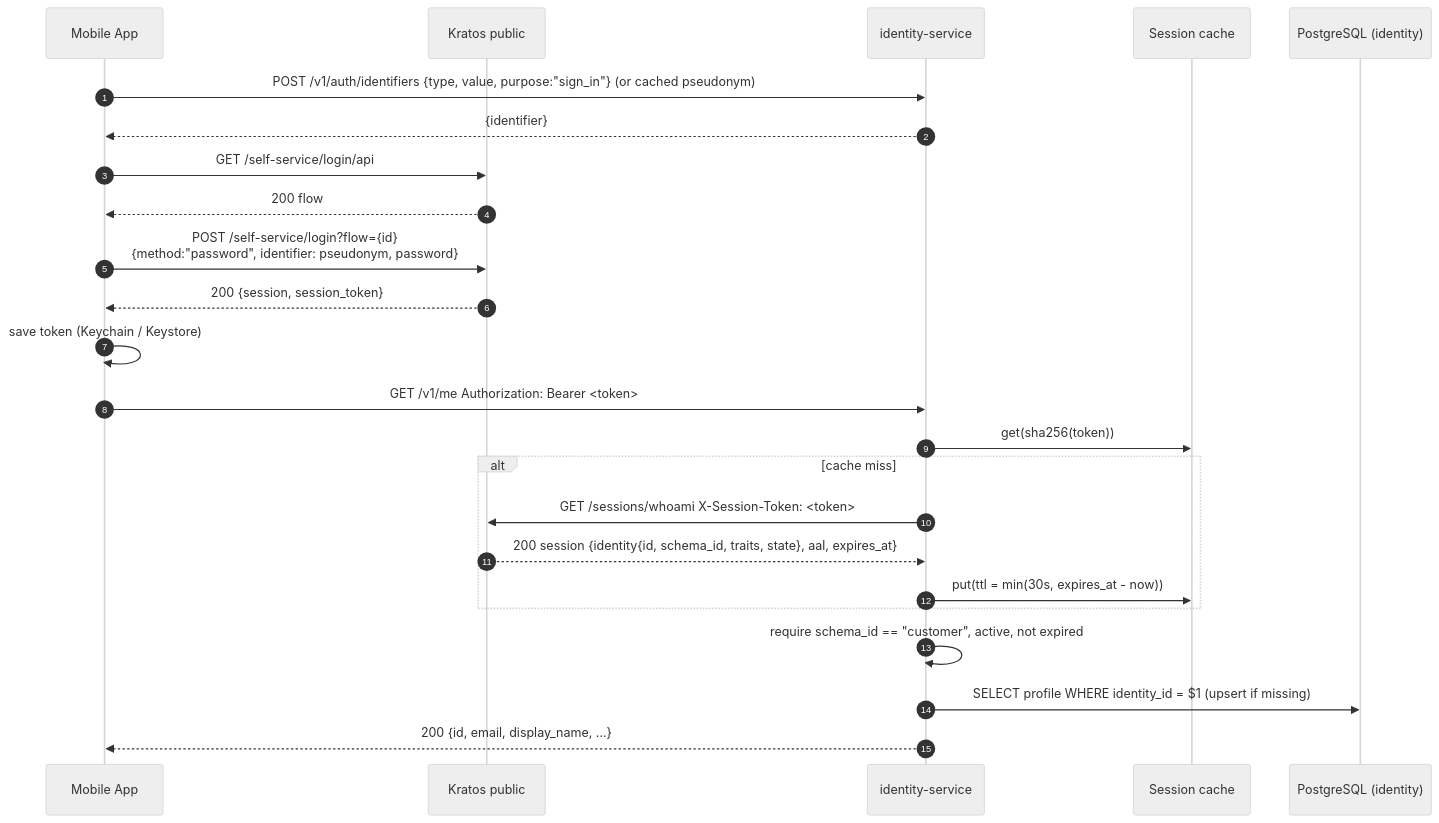
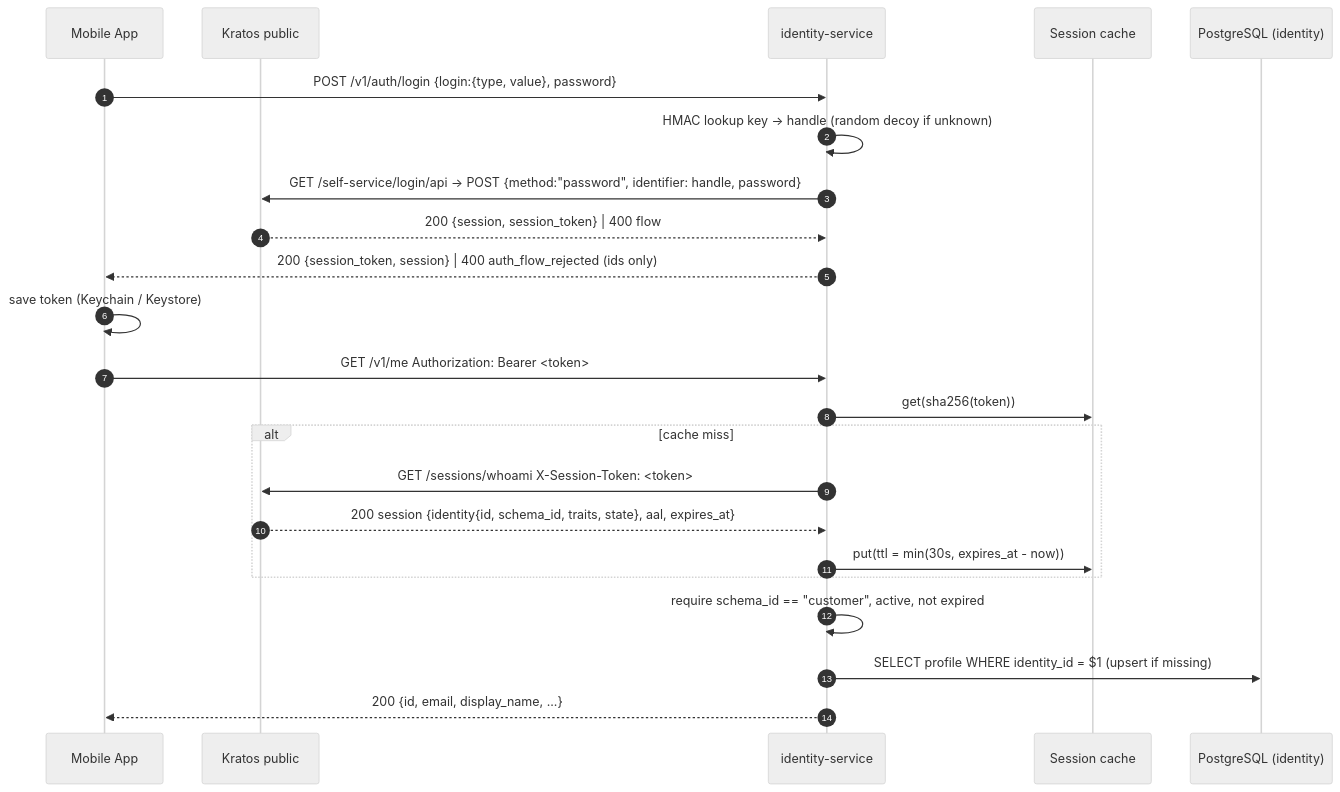
One commit to doitsu2014/go-ory-auth-example changed the second of 6 diagrams in docs/architecture/03-auth-flows.md. Above: the diagram before and after it, drawn with Mermaid (neutral theme). The commit also changed other lines of this file and 14 other files, not shown here.

````diff
--- a/docs/architecture/03-auth-flows.md
+++ b/docs/architecture/03-auth-flows.md
@@ -79,28 +88,27 @@
 ```mermaid
 sequenceDiagram
   autonumber
   participant A as Mobile App
   participant K as Kratos public
   participant S as identity-service
   participant C as Session cache
   participant DB as PostgreSQL (identity)
 
-  A->>S: POST /v1/auth/identifiers {type, value, purpose:"sign_in"} (or cached pseudonym)
-  S-->>A: {identifier}
-  A->>K: GET /self-service/login/api
-  K-->>A: 200 flow
-  A->>K: POST /self-service/login?flow={id}<br/>{method:"password", identifier: pseudonym, password}
-  K-->>A: 200 {session, session_token}
+  A->>S: POST /v1/auth/login {login:{type, value}, password}
+  S->>S: HMAC lookup key → handle (random decoy if unknown)
+  S->>K: GET /self-service/login/api → POST {method:"password", identifier: handle, password}
+  K-->>S: 200 {session, session_token} | 400 flow
+  S-->>A: 200 {session_token, session} | 400 auth_flow_rejected (ids only)
   A->>A: save token (Keychain / Keystore)
 
   A->>S: GET /v1/me  Authorization: Bearer <token>
   S->>C: get(sha256(token))
   alt cache miss
     S->>K: GET /sessions/whoami  X-Session-Token: <token>
     K-->>S: 200 session {identity{id, schema_id, traits, state}, aal, expires_at}
     S->>C: put(ttl = min(30s, expires_at - now))
   end
   S->>S: require schema_id == "customer", active, not expired
   S->>DB: SELECT profile WHERE identity_id = $1 (upsert if missing)
   S-->>A: 200 {id, email, display_name, ...}
 ```
````
